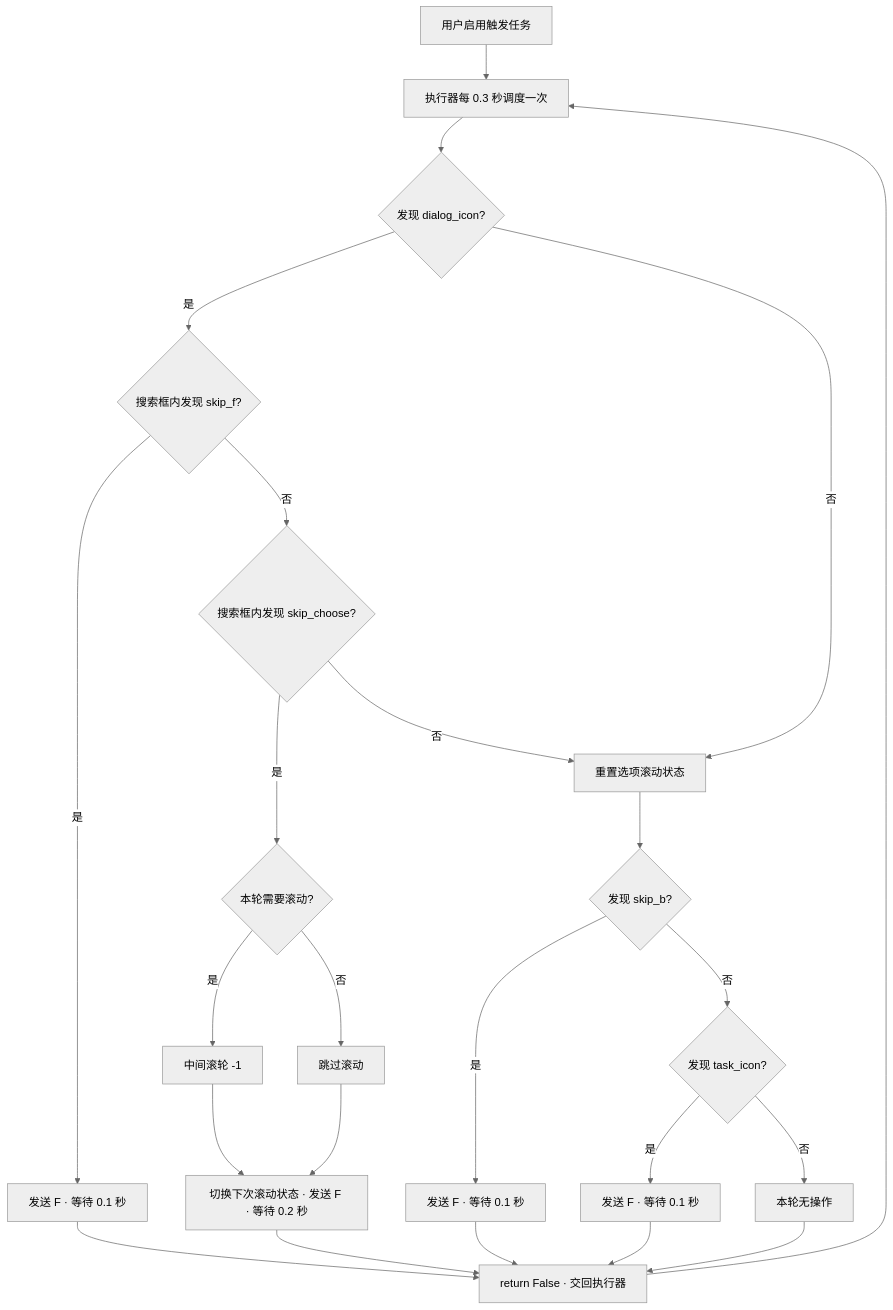
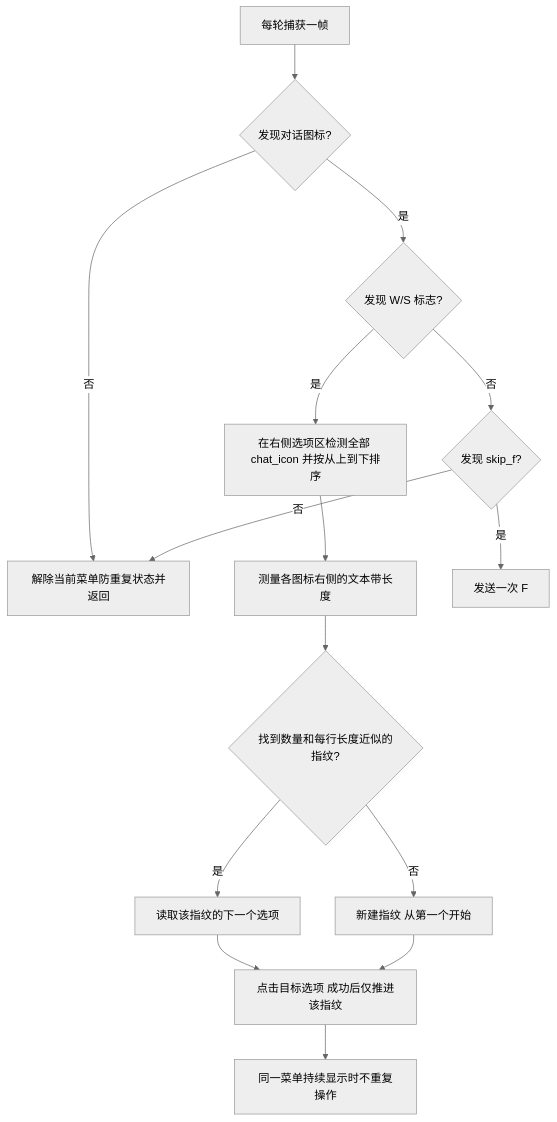
One commit to AliceJump/ok-infinity-nikki changed the diagram in docs/AutoSkipDialogTask.md. Above: the diagram before and after it, drawn with Mermaid (neutral theme). The commit also changed other lines of this file and 11 other files, not shown here.

````diff
--- a/docs/AutoSkipDialogTask.md
+++ b/docs/AutoSkipDialogTask.md
@@ -5,26 +5,17 @@
 ```mermaid
 flowchart TD
-    A["用户启用触发任务"] --> B["执行器每 0.3 秒调度一次"]
-    B --> C{"发现 dialog_icon?"}
-    C -->|是| D{"搜索框内发现 skip_f?"}
-    D -->|是| E["发送 F · 等待 0.1 秒"]
-    D -->|否| F{"搜索框内发现 skip_choose?"}
-    F -->|是| G{"本轮需要滚动?"}
-    G -->|是| H["中间滚轮 -1"]
-    G -->|否| I["跳过滚动"]
-    H --> J["切换下次滚动状态 · 发送 F · 等待 0.2 秒"]
-    I --> J
-    F -->|否| K["重置选项滚动状态"]
-    C -->|否| K
-    K --> L{"发现 skip_b?"}
-    L -->|是| M["发送 F · 等待 0.1 秒"]
-    L -->|否| N{"发现 task_icon?"}
-    N -->|是| O["发送 F · 等待 0.1 秒"]
-    N -->|否| P["本轮无操作"]
-    E --> Q["return False · 交回执行器"]
-    J --> Q
-    M --> Q
-    O --> Q
-    P --> Q
-    Q --> B
+    A[每轮捕获一帧] --> B{发现对话图标?}
+    B -->|否| Z[解除当前菜单防重复状态并返回]
+    B -->|是| C{发现 W/S 标志?}
+    C -->|是| D[在右侧选项区检测全部 chat_icon 并按从上到下排序]
+    D --> E[测量各图标右侧的文本带长度]
+    E --> F{找到数量和每行长度近似的指纹?}
+    F -->|是| G[读取该指纹的下一个选项]
+    F -->|否| H[新建指纹 从第一个开始]
+    G --> I[点击目标选项 成功后仅推进该指纹]
+    H --> I
+    I --> J[同一菜单持续显示时不重复操作]
+    C -->|否| K{发现 skip_f?}
+    K -->|是| L[发送一次 F]
+    K -->|否| Z
 ```
````
